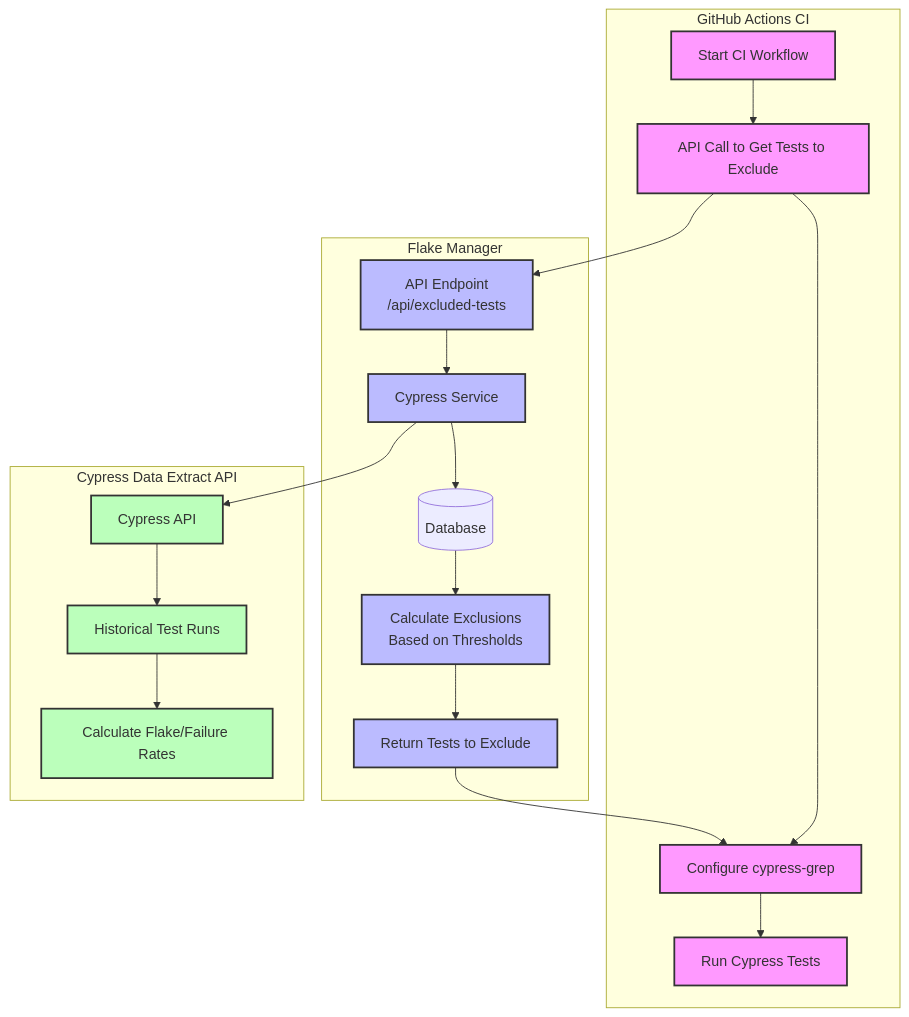
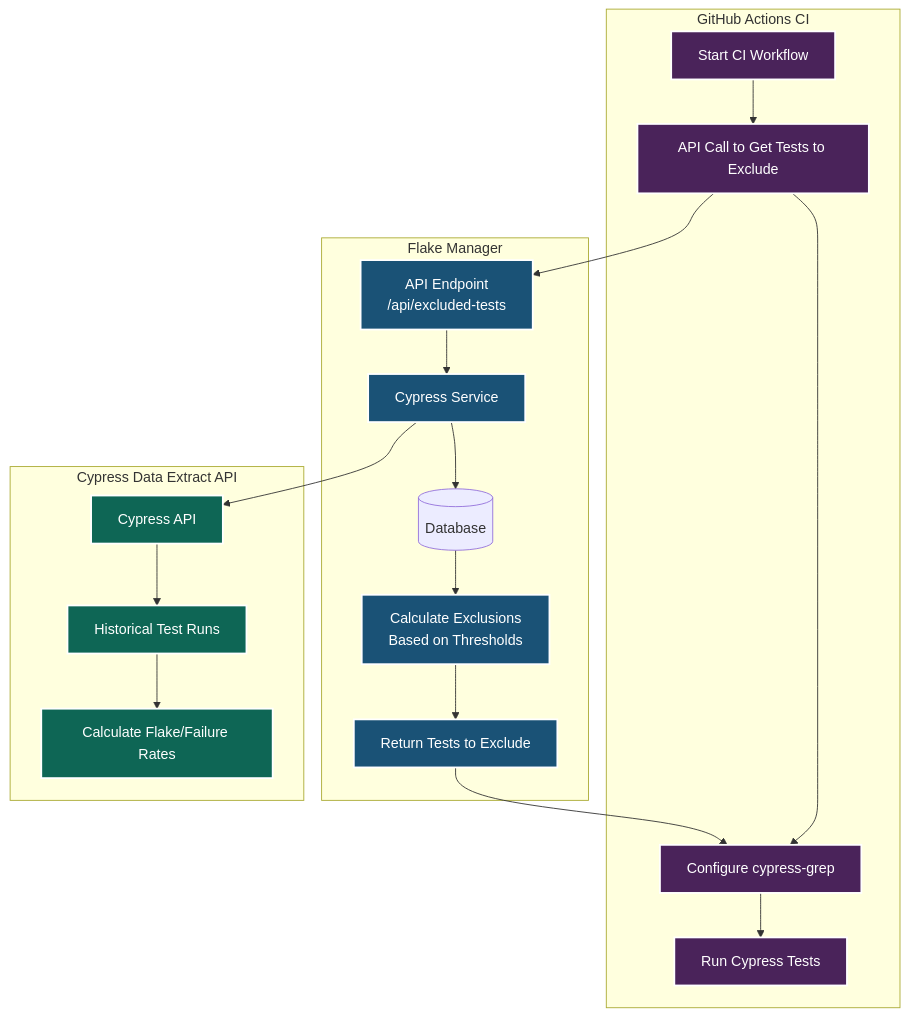
Before and after one commit to malinmalliyawadu/FlakeManager: the first of 2 diagrams in docs/flake-manager-workflow.md, drawn with Mermaid. The commit also changed other lines of this file, not shown here.

Commit message:
Update flake-manager workflow diagram styling for dark mode readability
- Adjusted color definitions for various classes in the flowchart to enhance visibility in dark mode.
- Ensured consistent styling across all elements for improved user experience.

````diff
--- a/docs/flake-manager-workflow.md
+++ b/docs/flake-manager-workflow.md
@@ -7,51 +7,51 @@
 ```mermaid
 flowchart TB
     %% GitHub Actions CI process
     subgraph "GitHub Actions CI"
         start[Start CI Workflow]
         getExclusions[API Call to Get Tests to Exclude]
         configGrep[Configure cypress-grep]
         runTests[Run Cypress Tests]
 
         start --> getExclusions
         getExclusions --> configGrep
         configGrep --> runTests
     end
 
     %% Flake Manager application
     subgraph "Flake Manager"
         api[API Endpoint\n/api/excluded-tests]
         service[Cypress Service]
         db[(Database)]
         calc[Calculate Exclusions\nBased on Thresholds]
 
         api --> service
         service --> db
         db --> calc
         calc --> response[Return Tests to Exclude]
     end
 
     %% Cypress Data Extract API
     subgraph "Cypress Data Extract API"
         cypressAPI[Cypress API]
         testHistory[Historical Test Runs]
         flakeAnalysis[Calculate Flake/Failure Rates]
 
         cypressAPI --> testHistory
         testHistory --> flakeAnalysis
     end
 
     %% Flow between systems
     getExclusions --> api
     response --> configGrep
     service --> cypressAPI
 
-    %% Styling
-    classDef ghactions fill:#f9f,stroke:#333,stroke-width:2px
-    classDef flakemanager fill:#bbf,stroke:#333,stroke-width:2px
-    classDef cypress fill:#bfb,stroke:#333,stroke-width:2px
+    %% Styling - adjusted for dark mode readability
+    classDef ghactions fill:#4a235a,stroke:#ffffff,stroke-width:2px,color:#ffffff
+    classDef flakemanager fill:#1a5276,stroke:#ffffff,stroke-width:2px,color:#ffffff
+    classDef cypress fill:#0e6655,stroke:#ffffff,stroke-width:2px,color:#ffffff
 
     class start,getExclusions,configGrep,runTests ghactions
     class api,service,calc,response flakemanager
     class cypressAPI,testHistory,flakeAnalysis cypress
 ```
````
